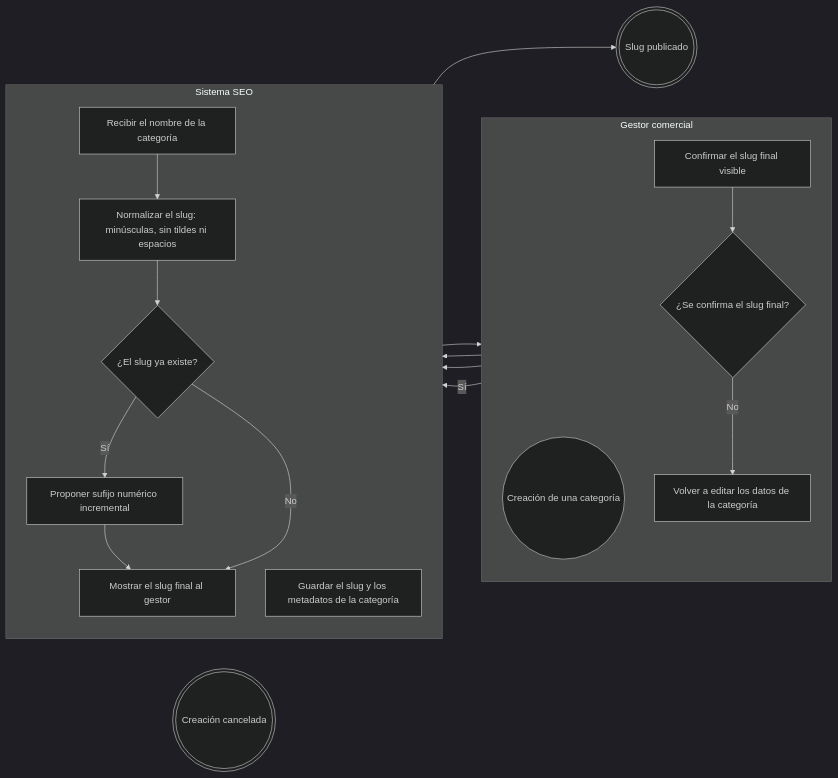
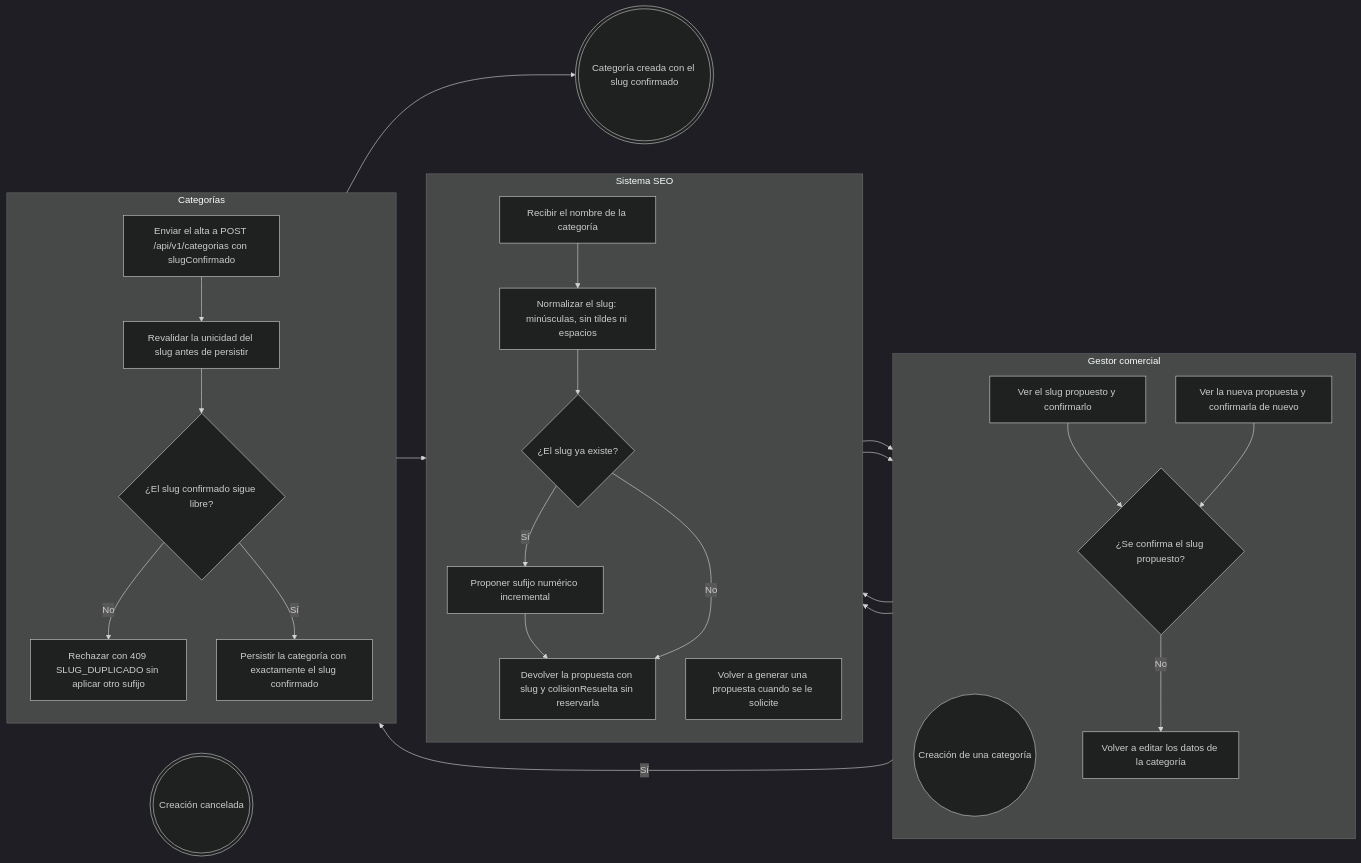
Before and after one commit to Taller-SW-Web/G6-Productos-Ofertas-docs: the first of 5 diagrams in flujos/FLOW-012-seo-metadatos.md, drawn with Mermaid (dark theme). The commit also changed other lines of this file and 18 other files, not shown here.

````diff
--- a/flujos/FLOW-012-seo-metadatos.md
+++ b/flujos/FLOW-012-seo-metadatos.md
@@ -32,37 +33,54 @@
 ```mermaid
 flowchart LR
 
     subgraph GESTOR["Gestor comercial"]
         direction TB
         INICIO((Creación de una categoría))
-        G1["Confirmar el slug final visible"]
-        D2{"¿Se confirma el slug final?"}
+        G1["Ver el slug propuesto y confirmarlo"]
+        D2{"¿Se confirma el slug propuesto?"}
         G2["Volver a editar los datos de la categoría"]
+        G3["Ver la nueva propuesta y confirmarla de nuevo"]
     end
 
     subgraph SEO["Sistema SEO"]
         direction TB
         S1["Recibir el nombre de la categoría"]
         S2["Normalizar el slug: minúsculas, sin tildes ni espacios"]
         D1{"¿El slug ya existe?"}
         S3["Proponer sufijo numérico incremental"]
-        S4["Mostrar el slug final al gestor"]
-        S5["Guardar el slug y los metadatos de la categoría"]
+        S4["Devolver la propuesta con slug y colisionResuelta sin reservarla"]
+        S5["Volver a generar una propuesta cuando se le solicite"]
     end
 
-    FIN_PUBLICADO(((Slug publicado)))
+    subgraph CATEGORIAS["Categorías"]
+        direction TB
+        C1["Enviar el alta a POST /api/v1/categorias con slugConfirmado"]
+        C2["Revalidar la unicidad del slug antes de persistir"]
+        D3{"¿El slug confirmado sigue libre?"}
+        C3["Rechazar con 409 SLUG_DUPLICADO sin aplicar otro sufijo"]
+        C4["Persistir la categoría con exactamente el slug confirmado"]
+    end
+
+    FIN_PUBLICADO(((Categoría creada con el slug confirmado)))
     FIN_CANCELADA(((Creación cancelada)))
 
     INICIO --> S1
     S1 --> S2
     S2 --> D1
     D1 -->|"Sí"| S3
     S3 --> S4
     D1 -->|"No"| S4
     S4 --> G1
     G1 --> D2
     D2 -->|"No"| G2
     G2 --> S4
-    D2 -->|"Sí"| S5
-    S5 --> FIN_PUBLICADO
+    D2 -->|"Sí"| C1
+    C1 --> C2
+    C2 --> D3
+    D3 -->|"No"| C3
+    C3 --> S5
+    S5 --> G3
+    G3 --> D2
+    D3 -->|"Sí"| C4
+    C4 --> FIN_PUBLICADO
 ```
````
